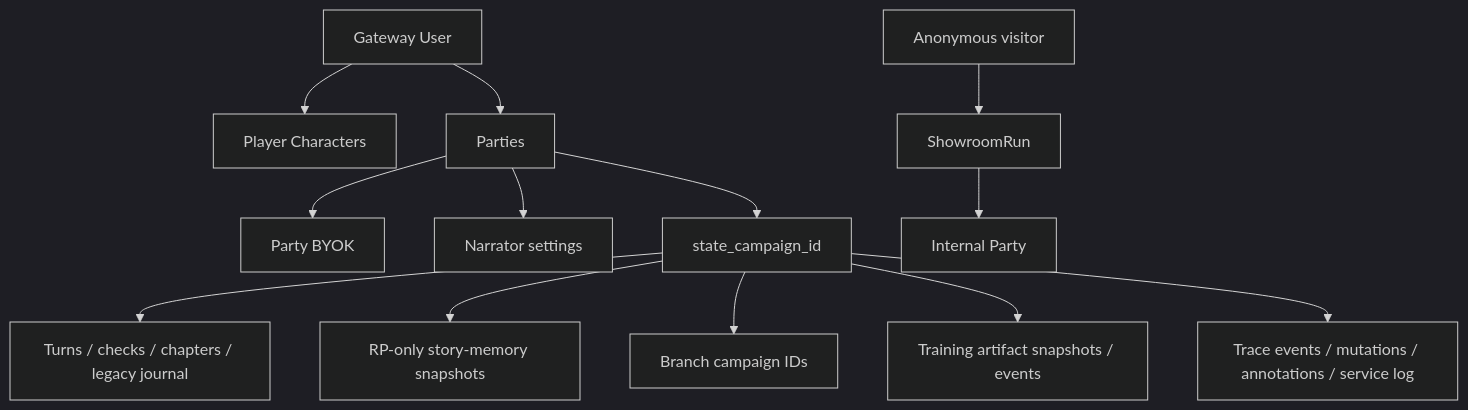
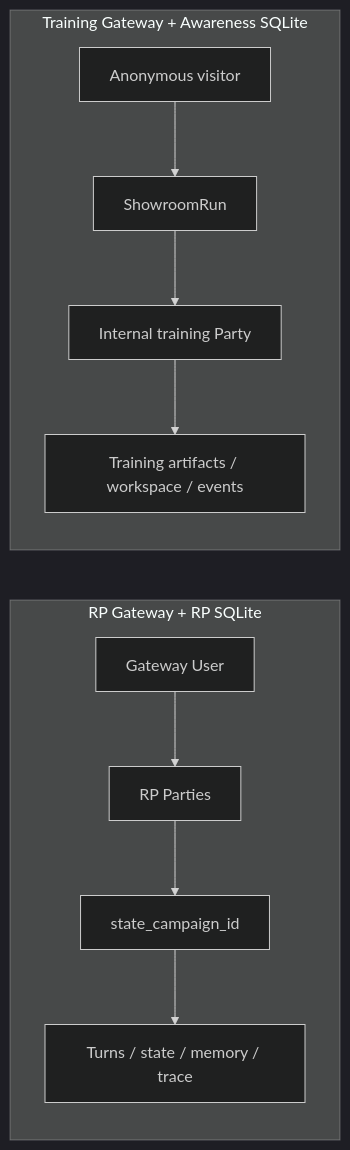
The diagram in docs/wiki/08-data-and-security.md (abykovwww-byte/ubuntu_ansible_palybooks), drawn with Mermaid (dark theme) before and after one commit. The commit also changed other lines of this file and 44 other files, not shown here.

Commit message:
feat(rp): enforce Awareness Showroom cutover boundary

````diff
--- a/docs/wiki/08-data-and-security.md
+++ b/docs/wiki/08-data-and-security.md
@@ -212,16 +218,14 @@
 ```mermaid
-flowchart TB
-    U["Gateway User"] --> PC["Player Characters"]
-    U --> P["Parties"]
-    P --> K["Party BYOK"]
-    P --> NS["Narrator settings"]
-    P --> C["state_campaign_id"]
-    C --> T["Turns / checks / chapters / legacy journal"]
-    C --> RPS["RP-only story-memory snapshots"]
-    C --> B["Branch campaign IDs"]
-    C --> TA["Training artifact snapshots / events"]
-    C --> DT["Trace events / mutations / annotations / service log"]
+flowchart LR
+    subgraph RP["RP Gateway + RP SQLite"]
+        U["Gateway User"] --> P["RP Parties"]
+        P --> C["state_campaign_id"]
+        C --> T["Turns / state / memory / trace"]
+    end
 
-    AV["Anonymous visitor"] --> SR["ShowroomRun"]
-    SR --> IP["Internal Party"]
+    subgraph Training["Training Gateway + Awareness SQLite"]
+        AV["Anonymous visitor"] --> SR["ShowroomRun"]
+        SR --> IP["Internal training Party"]
+        IP --> TA["Training artifacts / workspace / events"]
+    end
 ```
````
